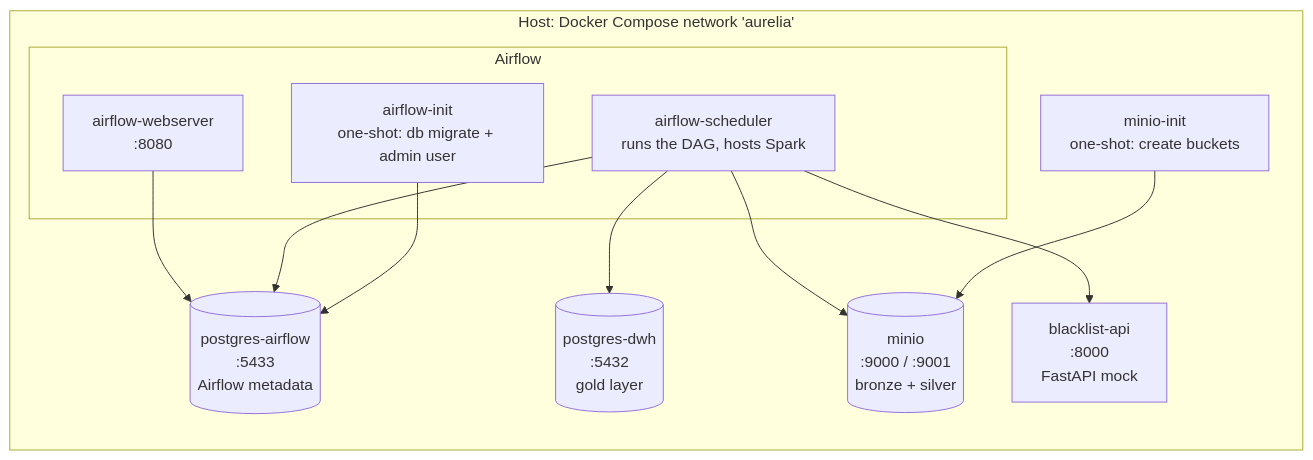
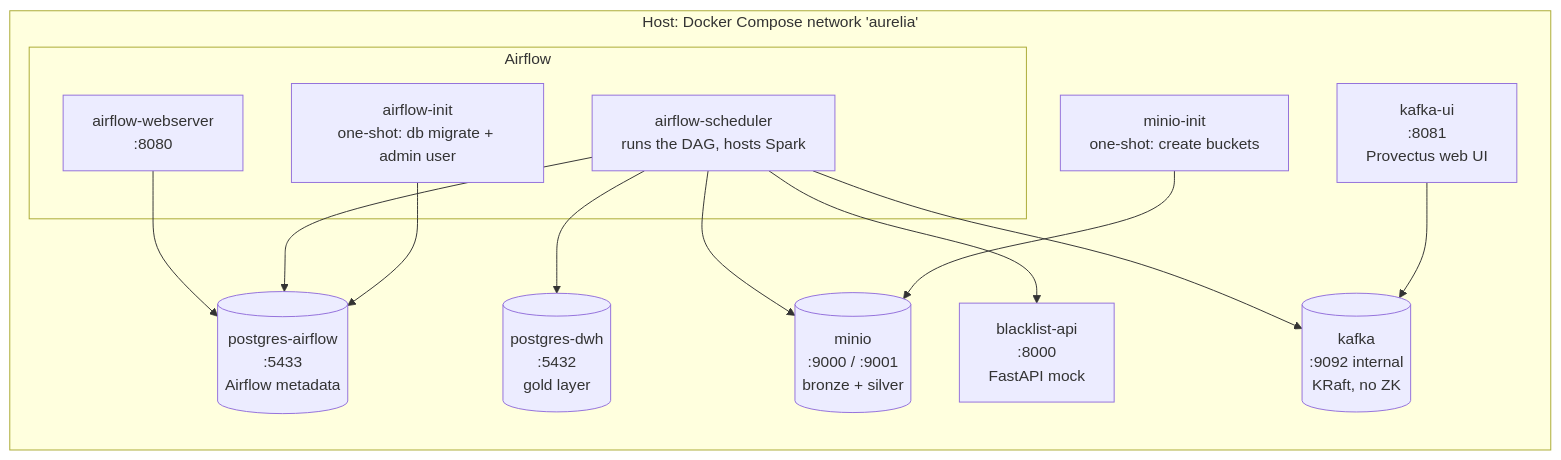
The fourth of 5 diagrams in ARCHITECTURE.md (jucarriz/take_home_challenge), drawn with Mermaid before and after one commit. The commit also changed other lines of this file and 10 other files, not shown here.

````diff
--- a/ARCHITECTURE.md
+++ b/ARCHITECTURE.md
@@ -88,28 +119,33 @@
 ```mermaid
 flowchart TB
     subgraph Host[Host: Docker Compose network 'aurelia']
         direction TB
 
         subgraph Airflow[Airflow]
             AWEB[airflow-webserver<br/>:8080]
             ASCH[airflow-scheduler<br/>runs the DAG, hosts Spark]
             AINIT[airflow-init<br/>one-shot: db migrate + admin user]
         end
 
         PGA[(postgres-airflow<br/>:5433<br/>Airflow metadata)]
         PGD[(postgres-dwh<br/>:5432<br/>gold layer)]
 
         MINIO[(minio<br/>:9000 / :9001<br/>bronze + silver)]
         MINIT[minio-init<br/>one-shot: create buckets]
 
         API[blacklist-api<br/>:8000<br/>FastAPI mock]
+
+        KAFKA[(kafka<br/>:9092 internal<br/>KRaft, no ZK)]
+        KUI[kafka-ui<br/>:8081<br/>Provectus web UI]
     end
 
     AWEB --> PGA
     ASCH --> PGA
     AINIT --> PGA
     ASCH --> PGD
     ASCH --> MINIO
     ASCH --> API
+    ASCH --> KAFKA
+    KUI --> KAFKA
     MINIT --> MINIO
 ```
````
